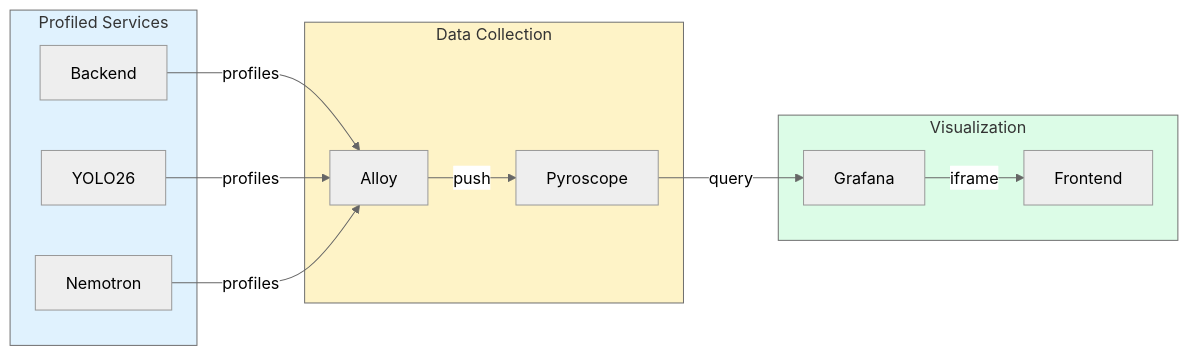
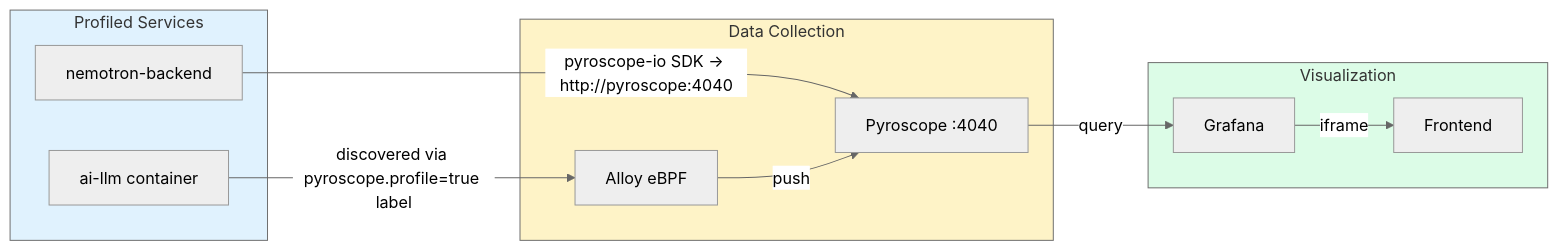
One commit to mikesvoboda/nemotron-v3-home-security-intelligence changed the diagram in docs/ui/pyroscope.md. Above: the diagram before and after it, drawn with Mermaid (neutral theme). The commit also changed other lines of this file and 313 other files, not shown here.

````diff
--- a/docs/ui/pyroscope.md
+++ b/docs/ui/pyroscope.md
@@ -208,29 +211,27 @@
 ```mermaid
 flowchart LR
     subgraph Services["Profiled Services"]
-        B[Backend]
-        R[YOLO26]
-        N[Nemotron]
+        B[nemotron-backend]
+        L[ai-llm container]
     end
 
     subgraph Collection["Data Collection"]
-        A[Alloy]
-        P[Pyroscope]
+        A[Alloy eBPF]
+        P[Pyroscope :4040]
     end
 
     subgraph Visualization["Visualization"]
         G[Grafana]
         F[Frontend]
     end
 
-    B -->|profiles| A
-    R -->|profiles| A
-    N -->|profiles| A
+    B -->|"pyroscope-io SDK → http://pyroscope:4040"| P
+    L -->|"discovered via pyroscope.profile=true label"| A
     A -->|push| P
     P -->|query| G
     G -->|iframe| F
 
     style Services fill:#e0f2fe
     style Collection fill:#fef3c7
     style Visualization fill:#dcfce7
 ```
````
